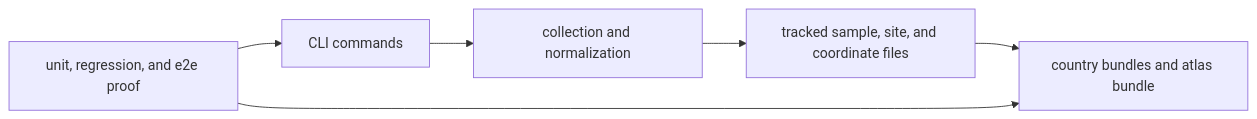
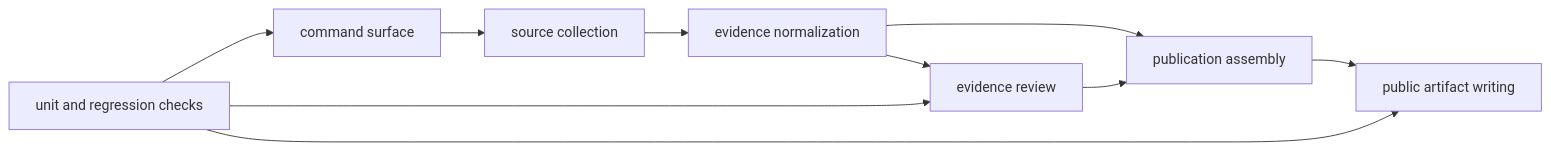
One commit to bijux/bijux-pollenomics changed the diagram in docs/01-bijux-pollenomics/architecture/index.md. Above: the diagram before and after it, drawn with Mermaid. The commit also changed other lines of this file and 9 other files, not shown here.

Commit message:
docs(architecture): explain lifecycle and package split

````diff
--- a/docs/01-bijux-pollenomics/architecture/index.md
+++ b/docs/01-bijux-pollenomics/architecture/index.md
@@ -18,14 +19,20 @@
 ```mermaid
 flowchart LR
-    commands["CLI commands"]
-    collection["collection and normalization"]
-    evidence["tracked sample, site, and coordinate files"]
-    reports["country bundles and atlas bundle"]
-    checks["unit, regression, and e2e proof"]
+    commands["command surface"]
+    collection["source collection"]
+    normalization["evidence normalization"]
+    review["evidence review"]
+    assembly["publication assembly"]
+    writing["public artifact writing"]
+    checks["unit and regression checks"]
 
     commands --> collection
-    collection --> evidence
-    evidence --> reports
+    collection --> normalization
+    normalization --> review
+    normalization --> assembly
+    review --> assembly
+    assembly --> writing
     checks --> commands
-    checks --> reports
+    checks --> review
+    checks --> writing
 ```
````
